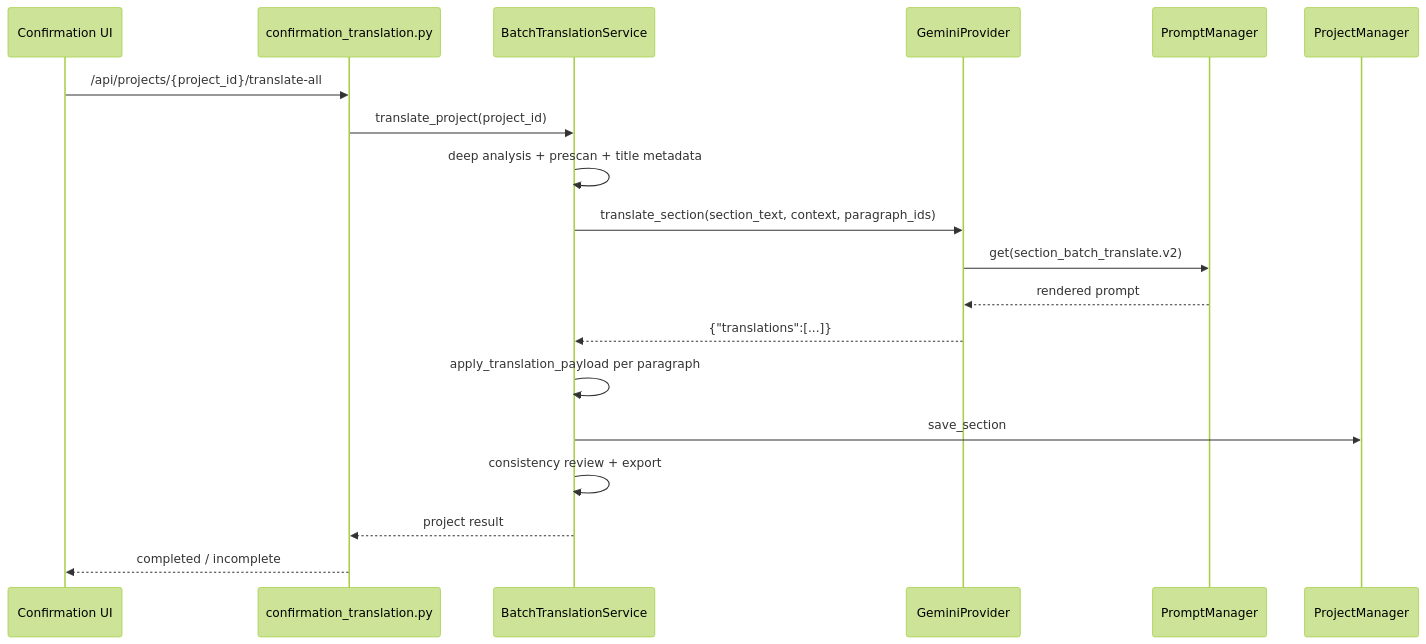
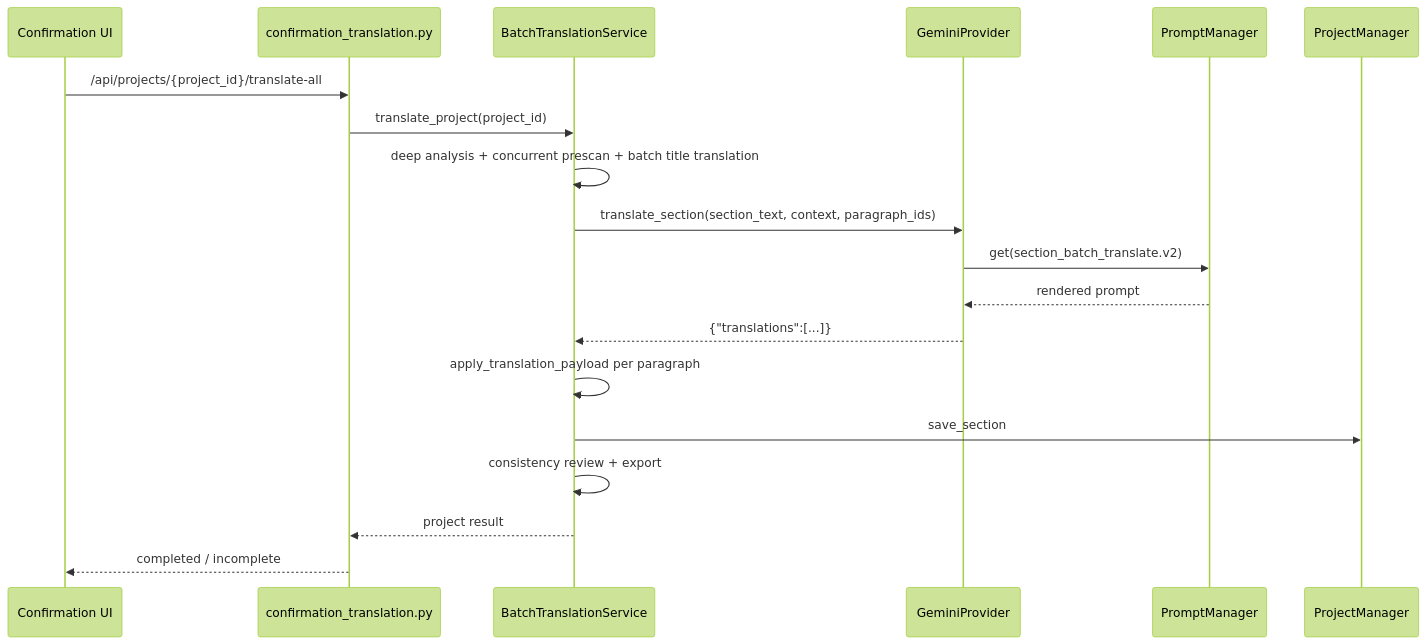
One commit to zzxxww01/translation-web changed the ninth of 11 diagrams in docs/长文翻译链路.md. Above: the diagram before and after it, drawn with Mermaid (forest theme). The commit also changed other lines of this file and 14 other files, not shown here.

````diff
--- a/docs/长文翻译链路.md
+++ b/docs/长文翻译链路.md
@@ -438,22 +455,22 @@
 ```mermaid
 sequenceDiagram
     participant UI as Confirmation UI
     participant Router as confirmation_translation.py
     participant Batch as BatchTranslationService
     participant LLM as GeminiProvider
     participant PM as PromptManager
     participant Store as ProjectManager
 
     UI->>Router: /api/projects/{project_id}/translate-all
     Router->>Batch: translate_project(project_id)
-    Batch->>Batch: deep analysis + prescan + title metadata
+    Batch->>Batch: deep analysis + concurrent prescan + batch title translation
     Batch->>LLM: translate_section(section_text, context, paragraph_ids)
     LLM->>PM: get(section_batch_translate.v2)
     PM-->>LLM: rendered prompt
     LLM-->>Batch: {"translations":[...]}
     Batch->>Batch: apply_translation_payload per paragraph
     Batch->>Store: save_section
     Batch->>Batch: consistency review + export
     Batch-->>Router: project result
     Router-->>UI: completed / incomplete
 ```
````
